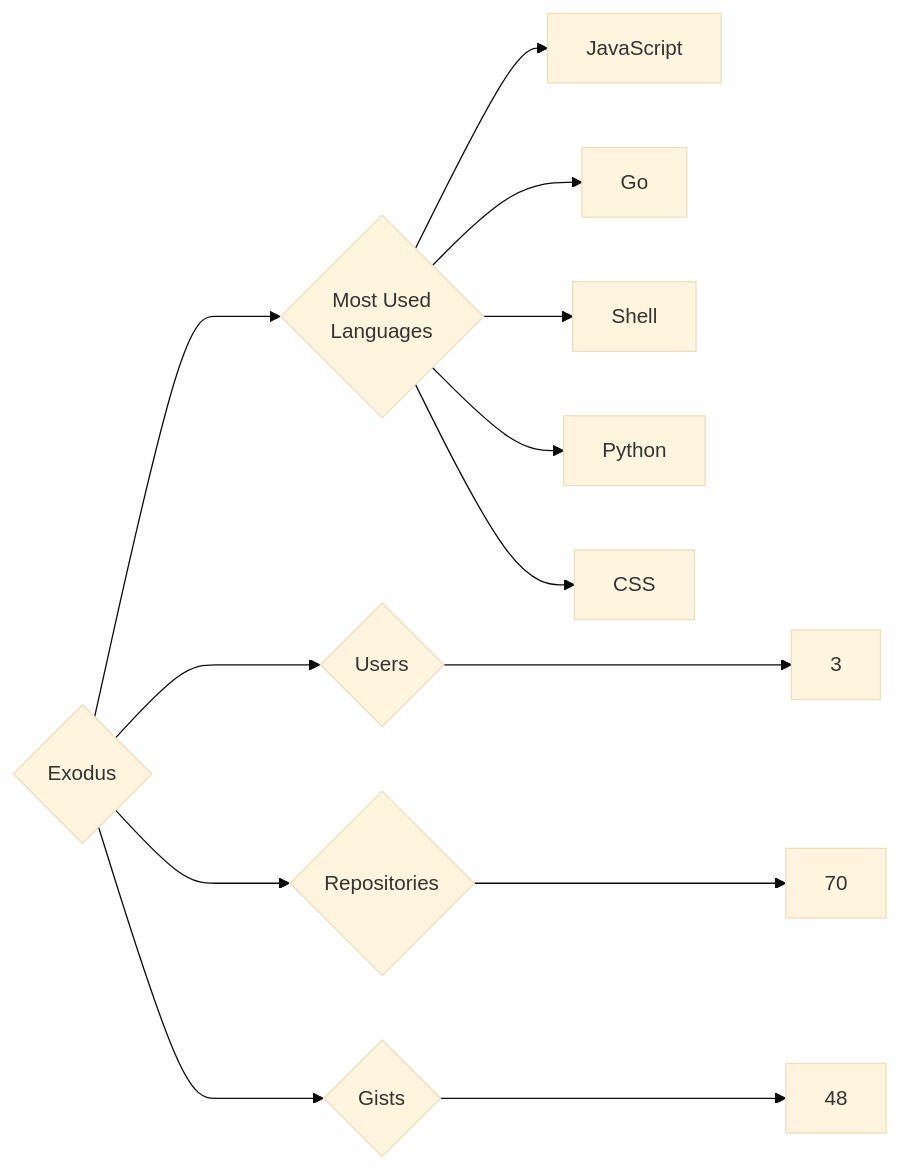
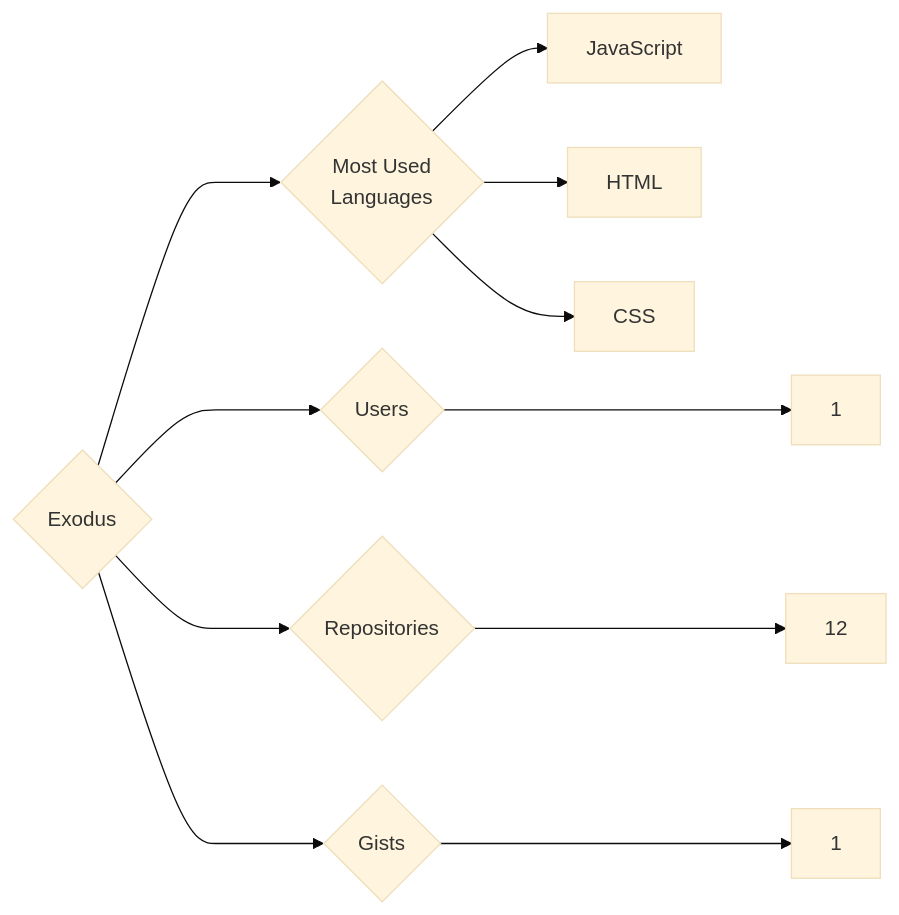
Before and after one commit to trickest/insiders: the diagram in targets/Exodus/README.md, drawn with Mermaid (base theme). The commit also changed 776 other files, not shown here.

````diff
--- a/targets/Exodus/README.md
+++ b/targets/Exodus/README.md
@@ -3,13 +3,11 @@
 ```mermaid
 graph LR
 COMPANY_NAME{Exodus}
-COMPANY_NAME ---> U{Users} ---> UN[3]
-COMPANY_NAME ---> R{Repositories} ---> RN[70]
-COMPANY_NAME ---> G{Gists} ---> GN[48]
+COMPANY_NAME ---> U{Users} ---> UN[1]
+COMPANY_NAME ---> R{Repositories} ---> RN[12]
+COMPANY_NAME ---> G{Gists} ---> GN[1]
 COMPANY_NAME ---> ML{Most Used<br>Languages}
 ML --> JavaScript[JavaScript]
-ML --> Go[Go]
-ML --> Shell[Shell]
-ML --> Python[Python]
+ML --> HTML[HTML]
 ML --> CSS[CSS]
 ```
````
